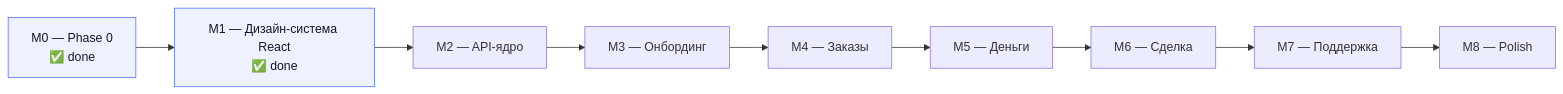
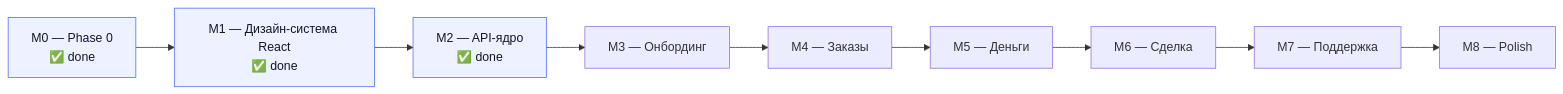
Before and after one commit to koishybek/zovu: the diagram in docs/10-status.md, drawn with Mermaid. The commit also changed other lines of this file and 39 other files, not shown here.

First line of the commit message:
feat(m2): API core — Prisma schema, auth OTP+JWT, categories, Swagger

````diff
--- a/docs/10-status.md
+++ b/docs/10-status.md
@@ -27,13 +27,14 @@
 ```mermaid
 flowchart LR
     M0["M0 — Phase 0<br/>✅ done"] --> M1["M1 — Дизайн-система React<br/>✅ done"]
-    M1 --> M2["M2 — API-ядро"]
+    M1 --> M2["M2 — API-ядро<br/>✅ done"]
     M2 --> M3["M3 — Онбординг"]
     M3 --> M4["M4 — Заказы"]
     M4 --> M5["M5 — Деньги"]
     M5 --> M6["M6 — Сделка"]
     M6 --> M7["M7 — Поддержка"]
     M7 --> M8["M8 — Polish"]
     style M0 fill:#EEF1FF,stroke:#4C6FFF,color:#141824
     style M1 fill:#EEF1FF,stroke:#4C6FFF,color:#141824
+    style M2 fill:#EEF1FF,stroke:#4C6FFF,color:#141824
 ```
````
